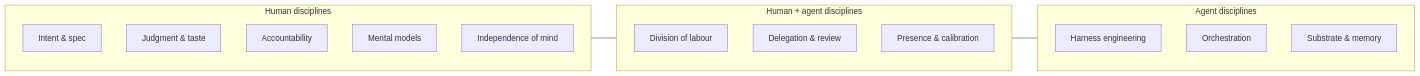
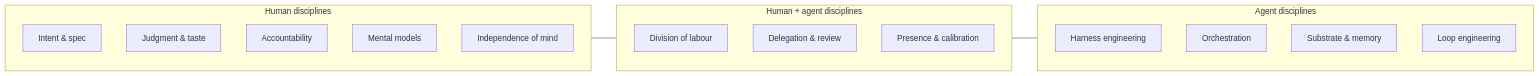
Before and after one commit to ChristineTham/aidou: the first of 2 diagrams in book/04-engineering-disciplines.md, drawn with Mermaid. The commit also changed other lines of this file and 21 other files, not shown here.

````diff
--- a/book/04-engineering-disciplines.md
+++ b/book/04-engineering-disciplines.md
@@ -5,25 +5,26 @@
 ```mermaid
 flowchart LR
     subgraph HUM [Human disciplines]
       direction TB
       H1[Intent & spec]
       H2[Judgment & taste]
       H3[Accountability]
       H4[Mental models]
       H5[Independence of mind]
     end
     subgraph BOTH [Human + agent disciplines]
       direction TB
       T1[Division of labour]
       T2[Delegation & review]
       T3[Presence & calibration]
     end
     subgraph AG [Agent disciplines]
       direction TB
       A1[Harness engineering]
       A2[Orchestration]
       A3[Substrate & memory]
+      A4[Loop engineering]
     end
     HUM --- BOTH
     BOTH --- AG
 ```
````
